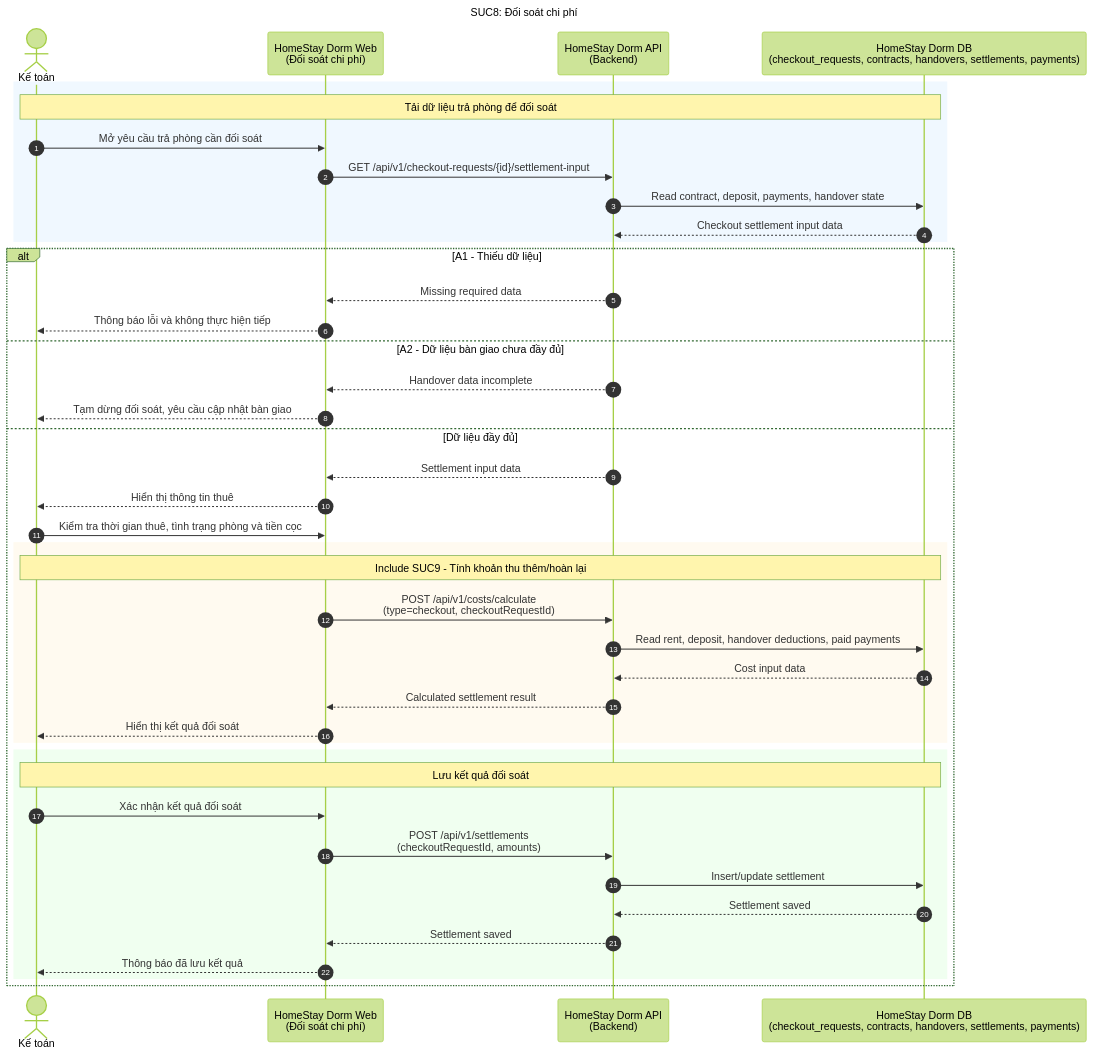
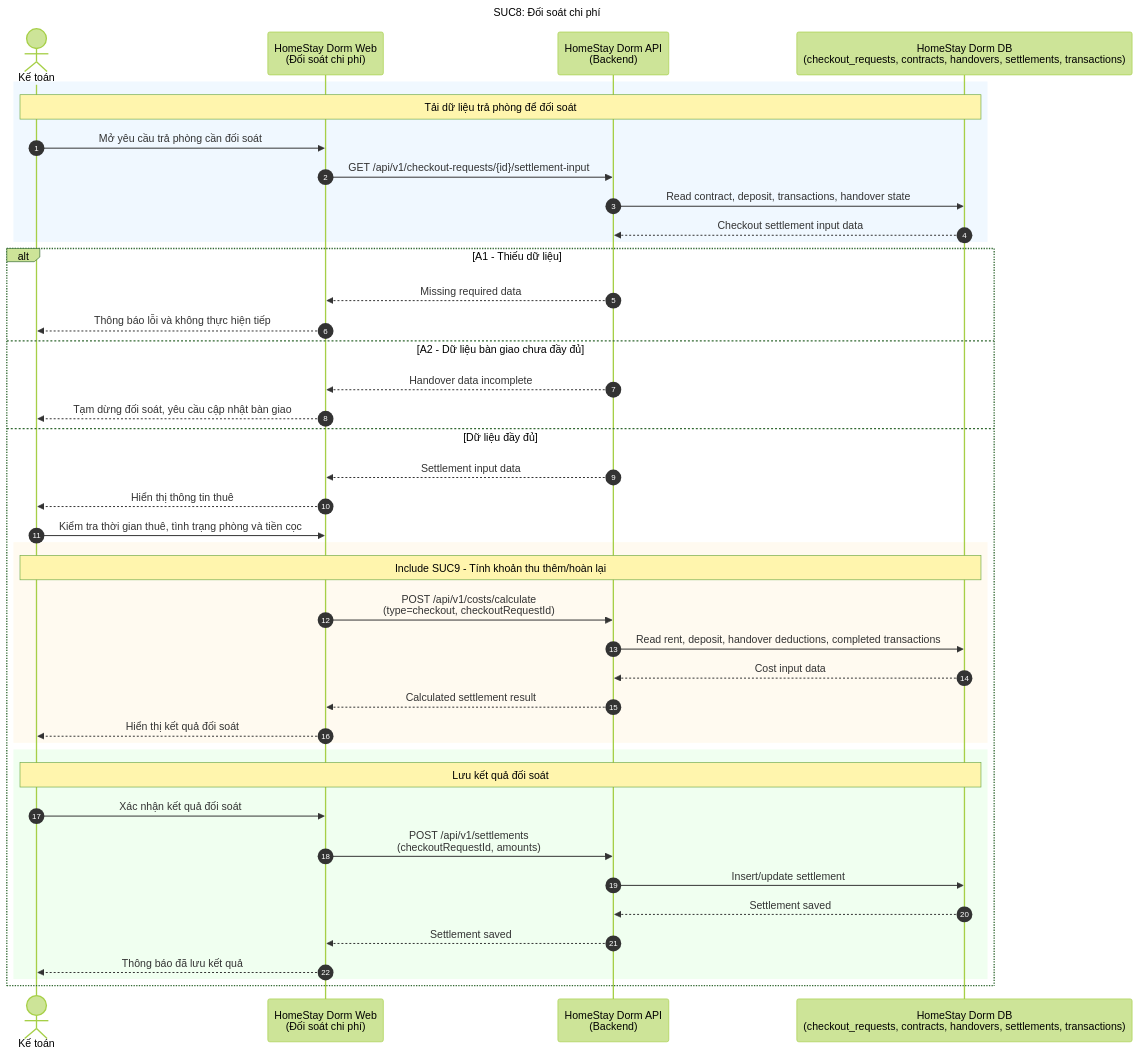
Before and after one commit to dinhdaivu/CSC12004_Information-Systems-Analysis-and-Design: the diagram in docs/SUC/SUC08-doi-soat-chi-phi.mmd, drawn with Mermaid (forest theme). The commit also changed 11 other files, not shown here.

```diff
--- a/docs/SUC/SUC08-doi-soat-chi-phi.mmd
+++ b/docs/SUC/SUC08-doi-soat-chi-phi.mmd
@@ -1,46 +1,46 @@
 sequenceDiagram
     title SUC8: Đối soát chi phí
     autonumber
     actor A as Kế toán
     participant Web as HomeStay Dorm Web<br/>(Đối soát chi phí)
     participant API as HomeStay Dorm API<br/>(Backend)
-    participant DB as HomeStay Dorm DB<br/>(checkout_requests, contracts, handovers, settlements, payments)
+    participant DB as HomeStay Dorm DB<br/>(checkout_requests, contracts, handovers, settlements, transactions)
 
     rect rgb(240, 248, 255)
         Note over A, DB: Tải dữ liệu trả phòng để đối soát
         A->>Web: Mở yêu cầu trả phòng cần đối soát
         Web->>API: GET /api/v1/checkout-requests/{id}/settlement-input
-        API->>DB: Read contract, deposit, payments, handover state
+        API->>DB: Read contract, deposit, transactions, handover state
         DB-->>API: Checkout settlement input data
     end
 
     alt A1 - Thiếu dữ liệu
         API-->>Web: Missing required data
         Web-->>A: Thông báo lỗi và không thực hiện tiếp
     else A2 - Dữ liệu bàn giao chưa đầy đủ
         API-->>Web: Handover data incomplete
         Web-->>A: Tạm dừng đối soát, yêu cầu cập nhật bàn giao
     else Dữ liệu đầy đủ
         API-->>Web: Settlement input data
         Web-->>A: Hiển thị thông tin thuê
         A->>Web: Kiểm tra thời gian thuê, tình trạng phòng và tiền cọc
 
         rect rgb(255, 250, 240)
             Note over A, DB: Include SUC9 - Tính khoản thu thêm/hoàn lại
             Web->>API: POST /api/v1/costs/calculate<br/>(type=checkout, checkoutRequestId)
-            API->>DB: Read rent, deposit, handover deductions, paid payments
+            API->>DB: Read rent, deposit, handover deductions, completed transactions
             DB-->>API: Cost input data
             API-->>Web: Calculated settlement result
             Web-->>A: Hiển thị kết quả đối soát
         end
 
         rect rgb(240, 255, 240)
             Note over A, DB: Lưu kết quả đối soát
             A->>Web: Xác nhận kết quả đối soát
             Web->>API: POST /api/v1/settlements<br/>(checkoutRequestId, amounts)
             API->>DB: Insert/update settlement
             DB-->>API: Settlement saved
             API-->>Web: Settlement saved
             Web-->>A: Thông báo đã lưu kết quả
         end
     end
```
